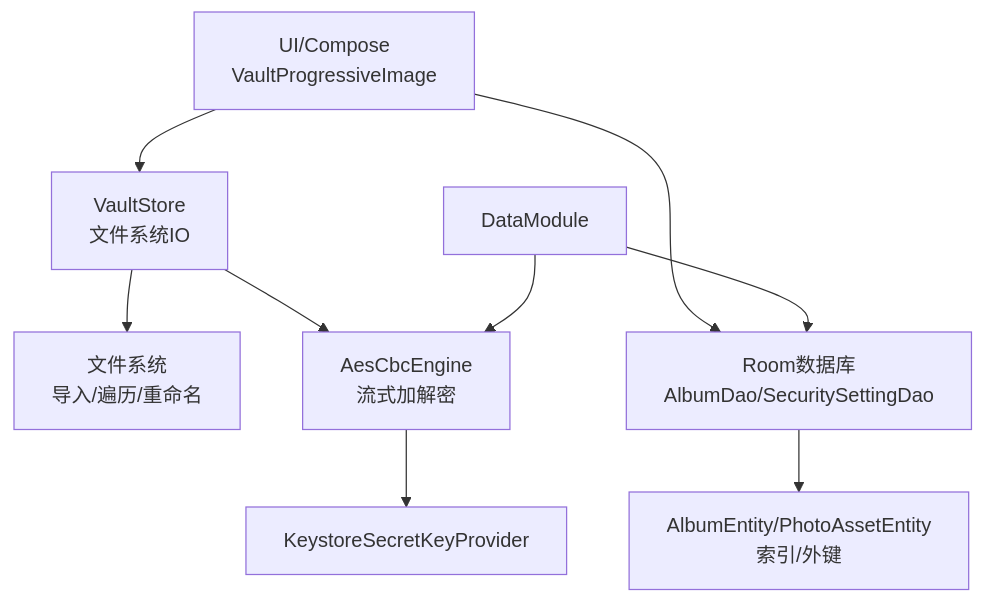
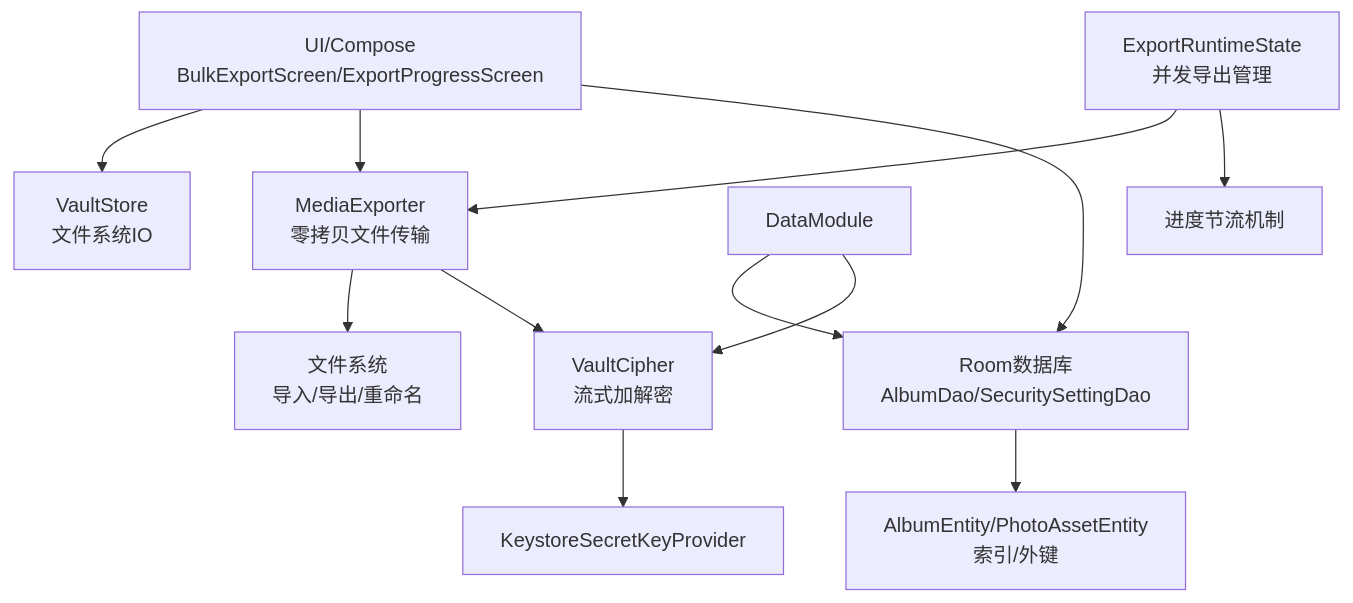
Before and after one commit to wanhongbo/ai-photo-vault: the second of 9 diagrams in .qoder/repowiki/zh/content/性能优化/IO优化技术.md, drawn with Mermaid. The commit also changed other lines of this file and 22 other files, not shown here.

````diff
--- a/.qoder/repowiki/zh/content/性能优化/IO优化技术.md
+++ b/.qoder/repowiki/zh/content/性能优化/IO优化技术.md
@@ -112,11 +129,14 @@
 ```mermaid
 graph TB
-UI["UI/Compose<br/>VaultProgressiveImage"] --> Store["VaultStore<br/>文件系统IO"]
-Store --> FS["文件系统<br/>导入/遍历/重命名"]
-Store --> Crypto["AesCbcEngine<br/>流式加解密"]
+UI["UI/Compose<br/>BulkExportScreen/ExportProgressScreen"] --> Store["VaultStore<br/>文件系统IO"]
+UI --> Exporter["MediaExporter<br/>零拷贝文件传输"]
+Exporter --> FS["文件系统<br/>导入/导出/重命名"]
+Exporter --> Crypto["VaultCipher<br/>流式加解密"]
 UI --> DB["Room数据库<br/>AlbumDao/SecuritySettingDao"]
 DB --> Entities["AlbumEntity/PhotoAssetEntity<br/>索引/外键"]
 Crypto --> Keystore["KeystoreSecretKeyProvider"]
 DI["DataModule"] --> DB
 DI --> Crypto
+ExportState["ExportRuntimeState<br/>并发导出管理"] --> Exporter
+ExportState --> Progress["进度节流机制"]
 ```
````
